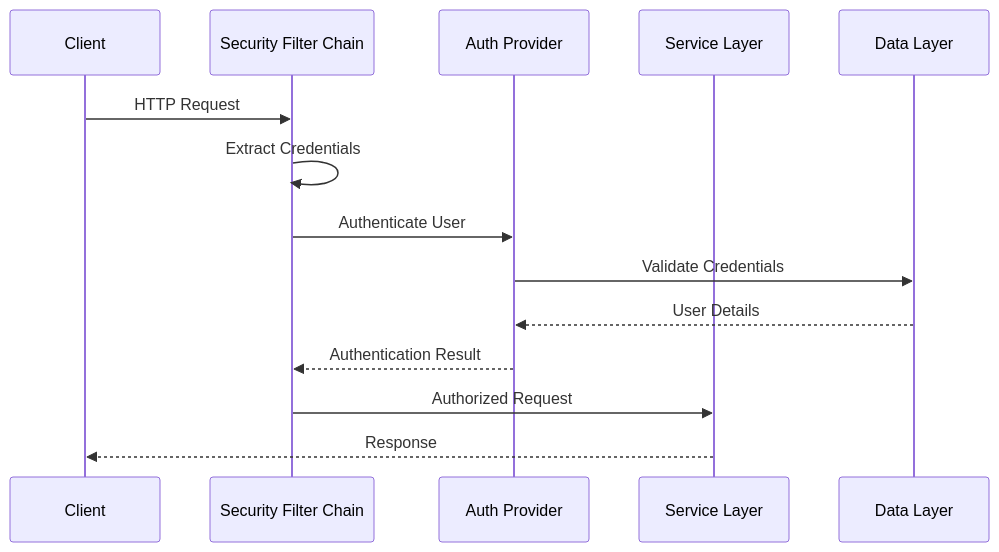
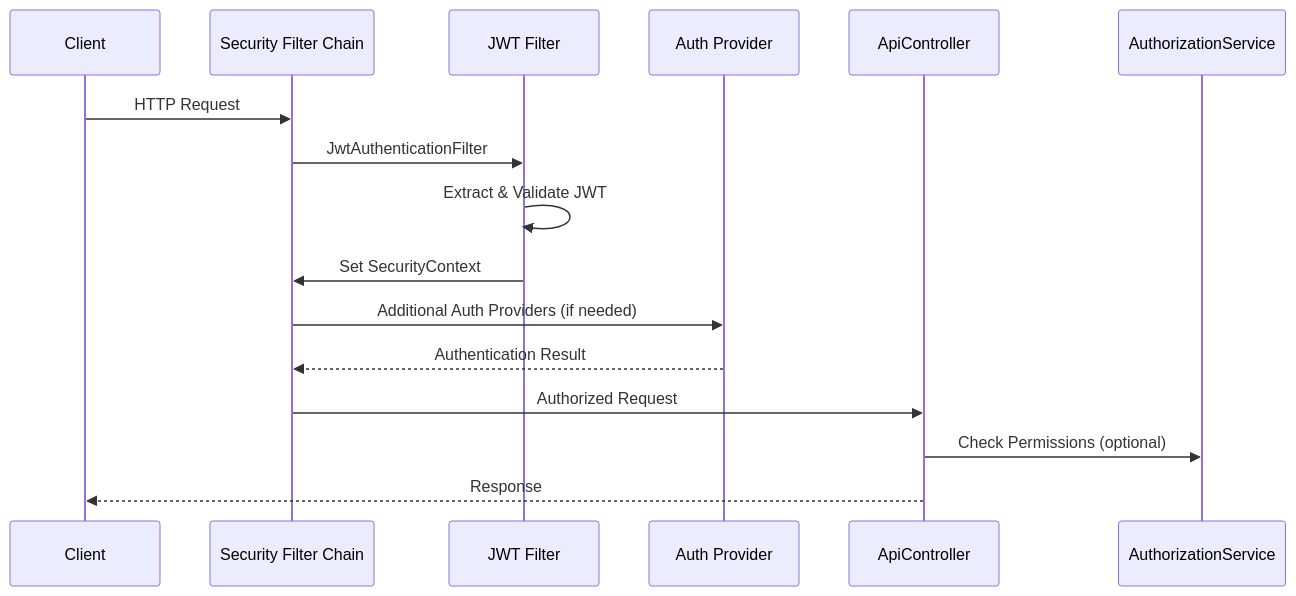
The second of 2 diagrams in docs/getting-started/overview.md (nitinkc/spring-security-reference), drawn with Mermaid before and after one commit. The commit also changed other lines of this file and 11 other files, not shown here.

````diff
--- a/docs/getting-started/overview.md
+++ b/docs/getting-started/overview.md
@@ -79,17 +80,19 @@
 ```mermaid
 sequenceDiagram
     participant C as Client
     participant F as Security Filter Chain
+    participant J as JWT Filter
     participant A as Auth Provider
-    participant S as Service Layer
-    participant D as Data Layer
+    participant S as ApiController
+    participant D as AuthorizationService
 
     C->>F: HTTP Request
-    F->>F: Extract Credentials
-    F->>A: Authenticate User
-    A->>D: Validate Credentials
-    D-->>A: User Details
+    F->>J: JwtAuthenticationFilter
+    J->>J: Extract & Validate JWT
+    J->>F: Set SecurityContext
+    F->>A: Additional Auth Providers (if needed)
     A-->>F: Authentication Result
     F->>S: Authorized Request
+    S->>D: Check Permissions (optional)
     S-->>C: Response
 ```
````
